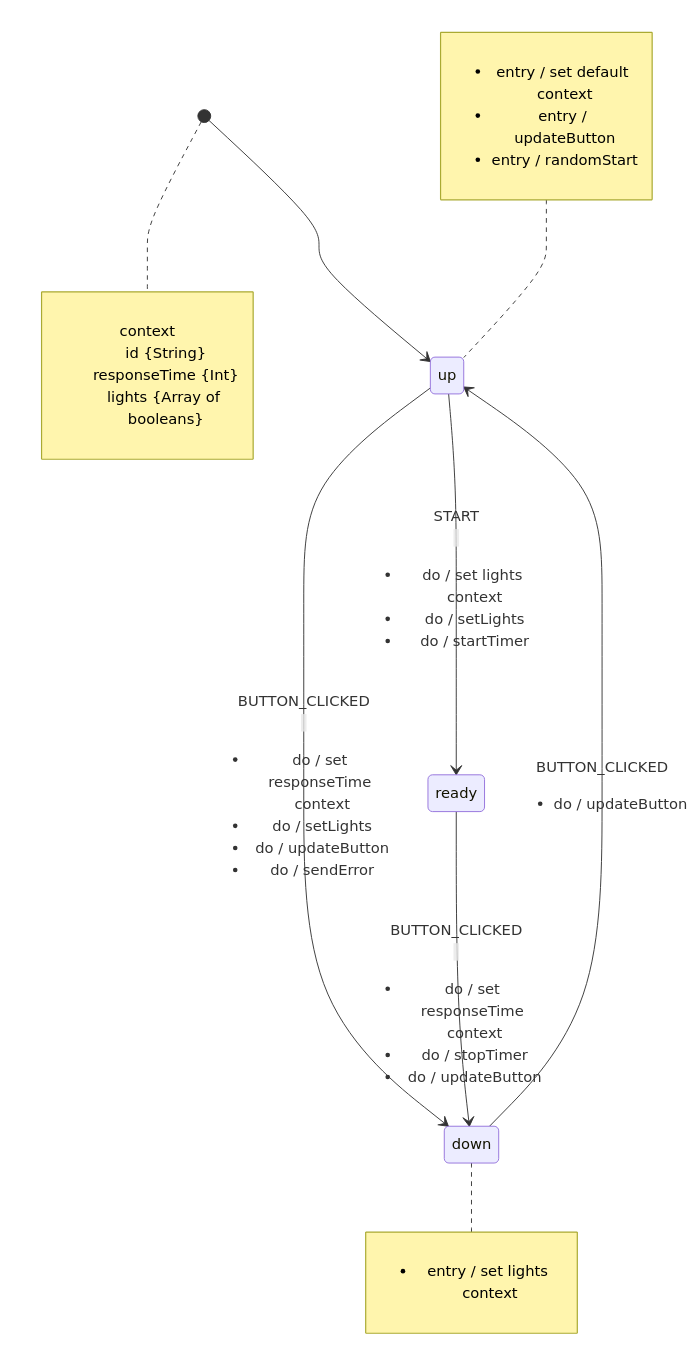
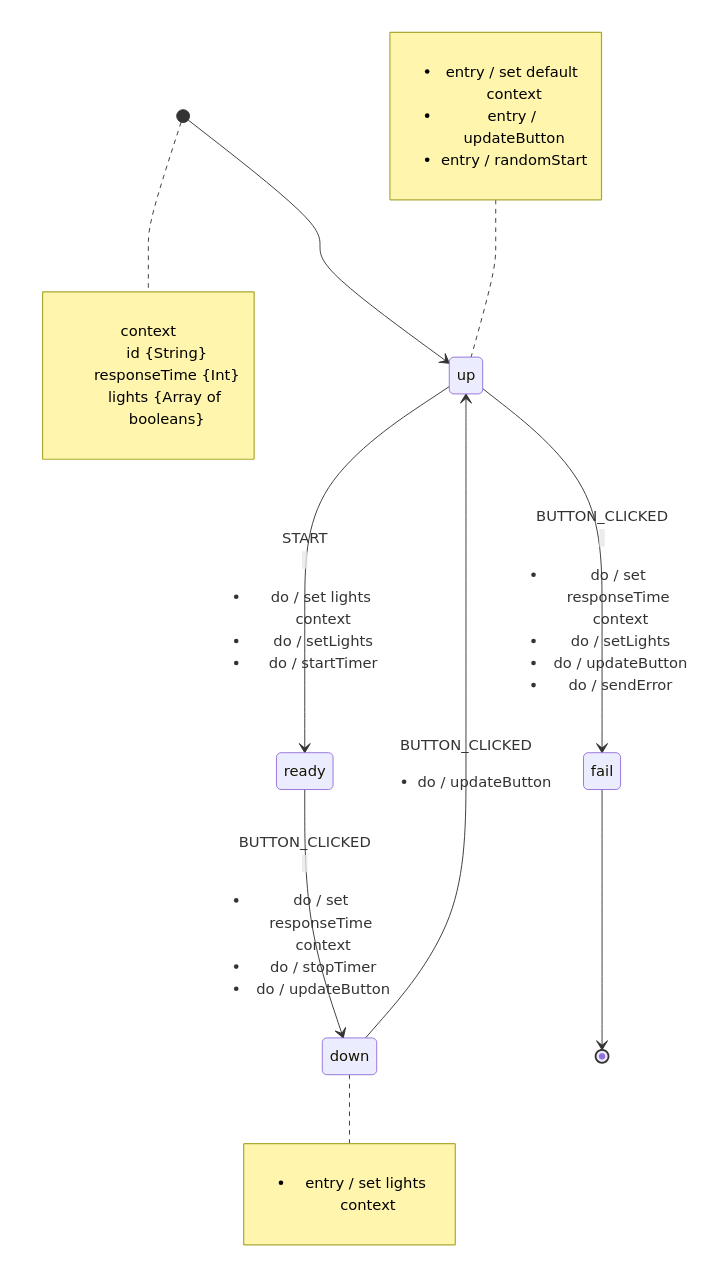
The diagram in libs/red-button-machine/red-button-machine.state-diagram.mmd (jkenlooper/red-button-trainer), drawn with Mermaid before and after one commit. The commit also changed 4 other files, not shown here.

```diff
--- a/libs/red-button-machine/red-button-machine.state-diagram.mmd
+++ b/libs/red-button-machine/red-button-machine.state-diagram.mmd
@@ -1,20 +1,21 @@
 %% State machine diagram in mermaid js format (mmd)
 %% http://mermaid-js.github.io/mermaid/
 %%
 %% Line breaks are not fully supported. Use div elements as a workaround. Notes
 %% can't be multiple lines either (note left of state ... end note)
 %%
 %% Create red-button-machine.state-diagram.svg with this command:
 %% `npm run mmdc -- --input red-button-machine.state-diagram.mmd --output red-button-machine.state-diagram.svg`
 %% Add `-p puppeteer.config.json` for sandbox workaround if needed.
 
 
 stateDiagram-v2
   [*] --> up
   note right of [*] : <dl><dt>context</dt><dd>id {String}</dd><dd>responseTime {Int}</dd><dd>lights {Array of booleans}</dd></dl>
   note left of up : <ul><li>entry / set default context</li><li>entry / updateButton</li><li>entry / randomStart</li></ul>
-  up --> down : <div>BUTTON_CLICKED</div> <ul><li>do / set responseTime context</li><li>do / setLights</li><li>do / updateButton</li><li>do / sendError</li></ul>
+  up --> fail : <div>BUTTON_CLICKED</div> <ul><li>do / set responseTime context</li><li>do / setLights</li><li>do / updateButton</li><li>do / sendError</li></ul>
   down --> up : <div>BUTTON_CLICKED</div> <ul><li>do / updateButton</li>
   up --> ready : <div>START</div> <ul><li>do / set lights context</li><li>do / setLights</li><li>do / startTimer</li></ul>
   note right of down : <ul><li>entry / set lights context</li></ul>
   ready --> down : <div>BUTTON_CLICKED</div> <ul><li>do / set responseTime context</li><li>do / stopTimer</li><li>do / updateButton</li></ul>
+  fail --> [*]
```
